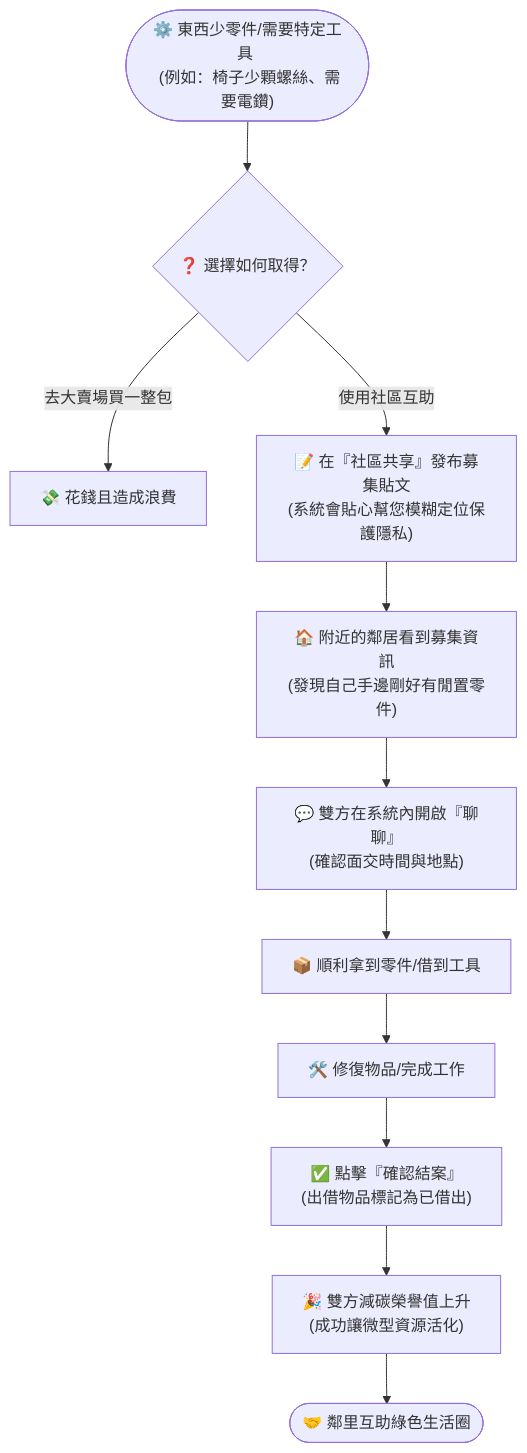
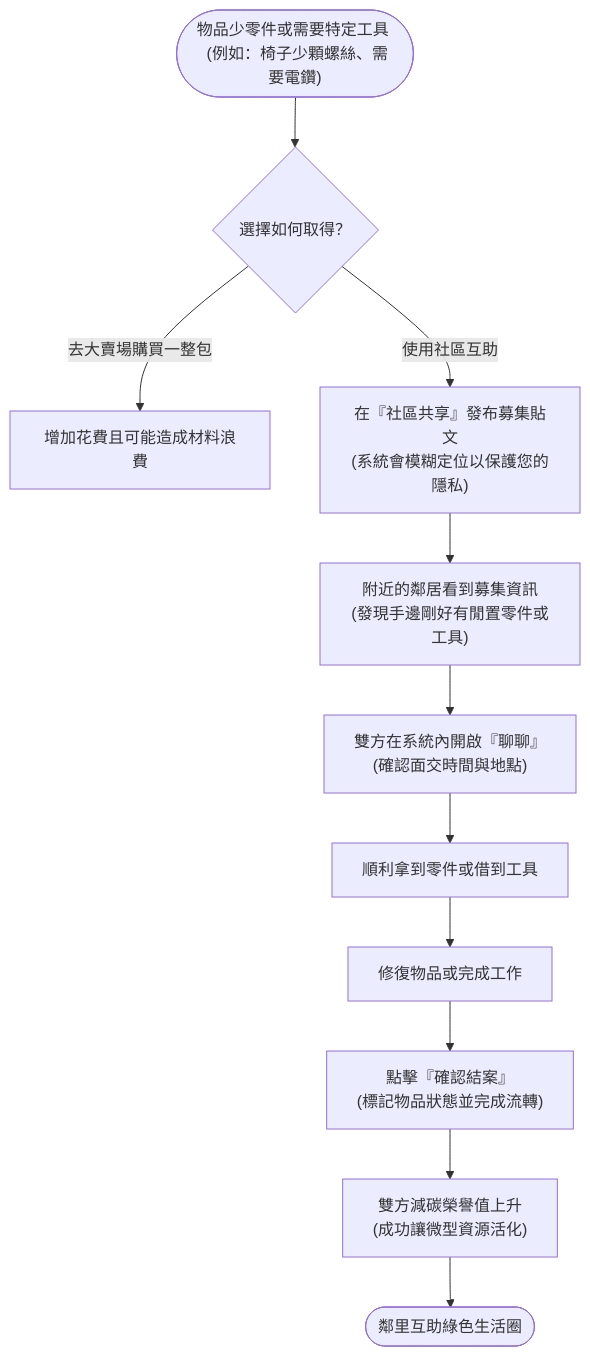
One commit to Erin-ko/GreenPassport changed the seventh of 7 diagrams in doc/system_analysis.md. Above: the diagram before and after it, drawn with Mermaid. The commit also changed other lines of this file, not shown here.

Commit message:
docs: 移除實際操作流程圖中的 emoji

````diff
--- a/doc/system_analysis.md
+++ b/doc/system_analysis.md
@@ -243,14 +243,14 @@
 ```mermaid
 graph TD
-    Start2(["⚙️ 東西少零件/需要特定工具 <br/> (例如：椅子少顆螺絲、需要電鑽)"]) --> Action{"❓ 選擇如何取得？"}
-    Action -->|去大賣場買一整包| Buy["💸 花錢且造成浪費"]
-    Action -->|使用社區互助| Post["📝 在『社區共享』發布募集貼文<br/>(系統會貼心幫您模糊定位保護隱私)"]
+    Start2(["物品少零件或需要特定工具 <br/> (例如：椅子少顆螺絲、需要電鑽)"]) --> Action{"選擇如何取得？"}
+    Action -->|去大賣場購買一整包| Buy["增加花費且可能造成材料浪費"]
+    Action -->|使用社區互助| Post["在『社區共享』發布募集貼文<br/>(系統會模糊定位以保護您的隱私)"]
     
-    Post --> Nearby["🏠 附近的鄰居看到募集資訊<br/>(發現自己手邊剛好有閒置零件)"]
-    Nearby --> Chat["💬 雙方在系統內開啟『聊聊』<br/>(確認面交時間與地點)"]
-    Chat --> Handover["📦 順利拿到零件/借到工具"]
-    Handover --> Repair["🛠️ 修復物品/完成工作"]
-    Repair --> Confirm["✅ 點擊『確認結案』<br/>(出借物品標記為已借出)"]
-    Confirm --> Reward2["🎉 雙方減碳榮譽值上升<br/>(成功讓微型資源活化)"]
-    Reward2 --> End2([🤝 鄰里互助綠色生活圈])
+    Post --> Nearby["附近的鄰居看到募集資訊<br/>(發現手邊剛好有閒置零件或工具)"]
+    Nearby --> Chat["雙方在系統內開啟『聊聊』<br/>(確認面交時間與地點)"]
+    Chat --> Handover["順利拿到零件或借到工具"]
+    Handover --> Repair["修復物品或完成工作"]
+    Repair --> Confirm["點擊『確認結案』<br/>(標記物品狀態並完成流轉)"]
+    Confirm --> Reward2["雙方減碳榮譽值上升<br/>(成功讓微型資源活化)"]
+    Reward2 --> End2([鄰里互助綠色生活圈])
 ```
````
